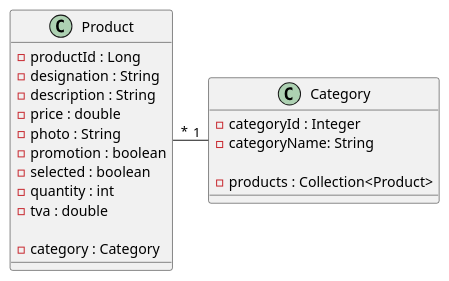
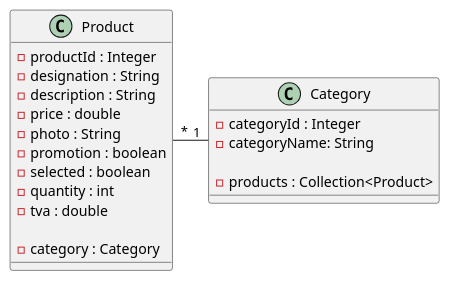
The third of 3 diagrams in diagrams.puml (Zalaro/shop-back), drawn with PlantUML before and after one commit. The commit also changed 7 other files, not shown here.

```diff
--- a/diagrams.puml
+++ b/diagrams.puml
@@ -37,26 +37,26 @@
 @startuml shopdiagramclass
 
 Product "*" -right- "1" Category
 
 class Product{
-    - productId : Long
+    - productId : Integer
     - designation : String
     - description : String
     - price : double
     - photo : String
     - promotion : boolean
     - selected : boolean
     - quantity : int
     - tva : double
 
     - category : Category
 }
 
 class Category {
     - categoryId : Integer
     - categoryName: String
 
     - products : Collection<Product>
 }
 
 @enduml
```
